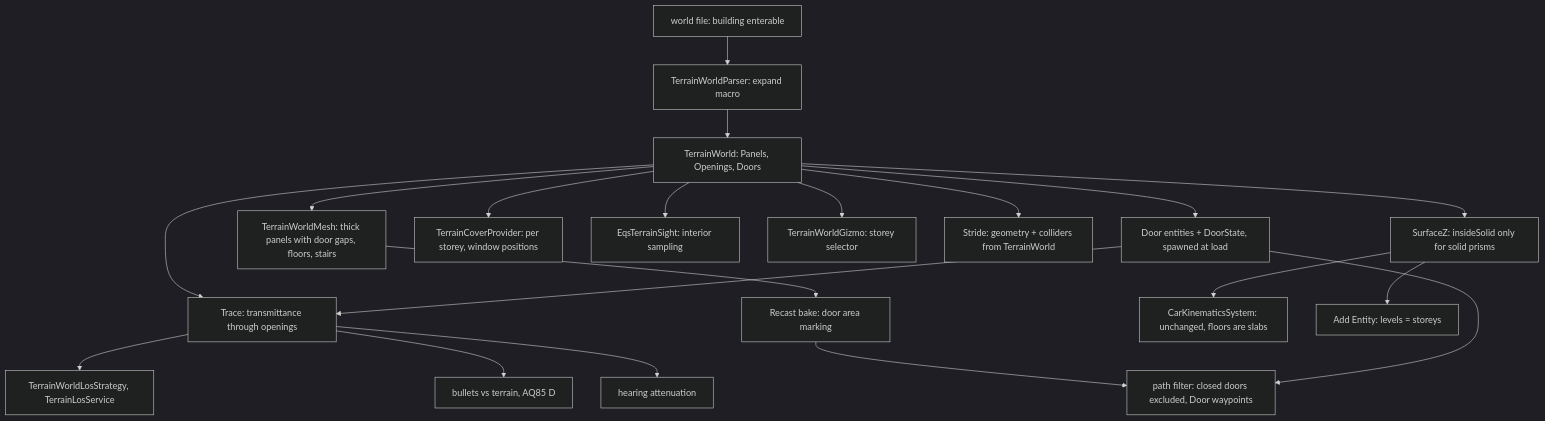
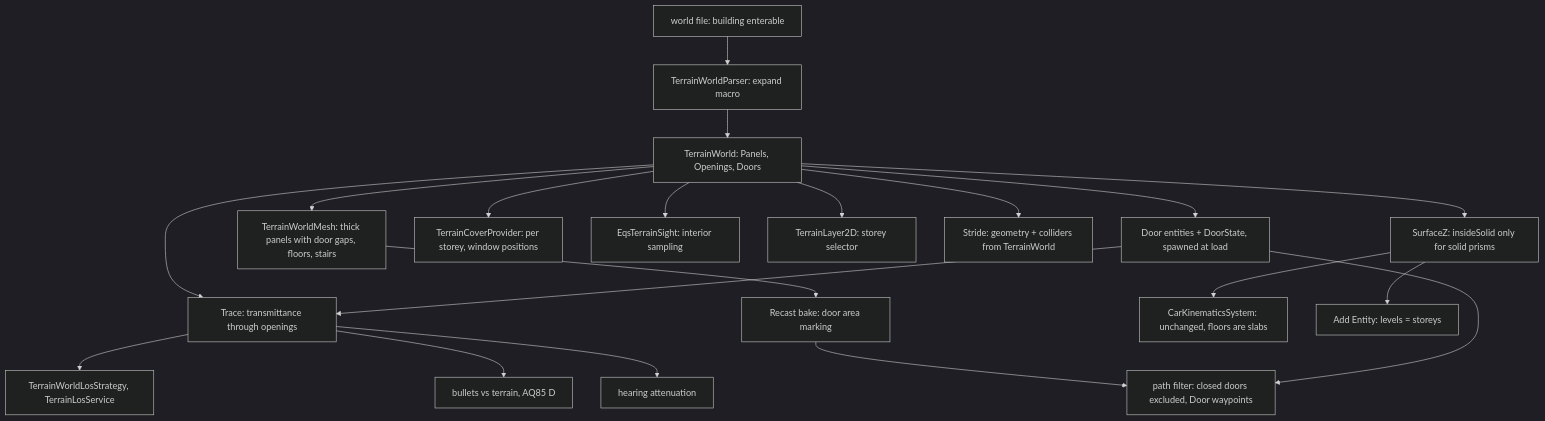
One commit to pjanec/HROT changed diagram 36 of 36 in docs/DESIGN_Building_Interiors.md. Above: the diagram before and after it, drawn with Mermaid (dark theme). The commit also changed 22 other files, not shown here.

First line of the commit message:
feat(CE-1227): the 2-D terrain is a retained layer, not gizmos (R-1013)

````diff
--- a/docs/DESIGN_Building_Interiors.md
+++ b/docs/DESIGN_Building_Interiors.md
@@ -1566,22 +1566,22 @@
 ```mermaid
 graph TD
     F[world file: building enterable] --> P[TerrainWorldParser: expand macro]
     P --> W[TerrainWorld: Panels, Openings, Doors]
     W --> SZ[SurfaceZ: insideSolid only for solid prisms]
     W --> TR[Trace: transmittance through openings]
     W --> NM[TerrainWorldMesh: thick panels with door gaps, floors, stairs]
     NM --> NAV[Recast bake: door area marking]
     NAV --> PATH[path filter: closed doors excluded, Door waypoints]
     TR --> LOS[TerrainWorldLosStrategy, TerrainLosService]
     TR --> FIRE[bullets vs terrain, AQ85 D]
     TR --> HEAR[hearing attenuation]
     W --> COV[TerrainCoverProvider: per storey, window positions]
     W --> EQS[EqsTerrainSight: interior sampling]
-    W --> MAP[TerrainWorldGizmo: storey selector]
+    W --> MAP[TerrainLayer2D: storey selector]
     W --> STR[Stride: geometry + colliders from TerrainWorld]
     W --> DOOR[Door entities + DoorState, spawned at load]
     DOOR --> PATH
     DOOR --> TR
     SZ --> MOVE[CarKinematicsSystem: unchanged, floors are slabs]
     SZ --> ADD[Add Entity: levels = storeys]
 ```
````
